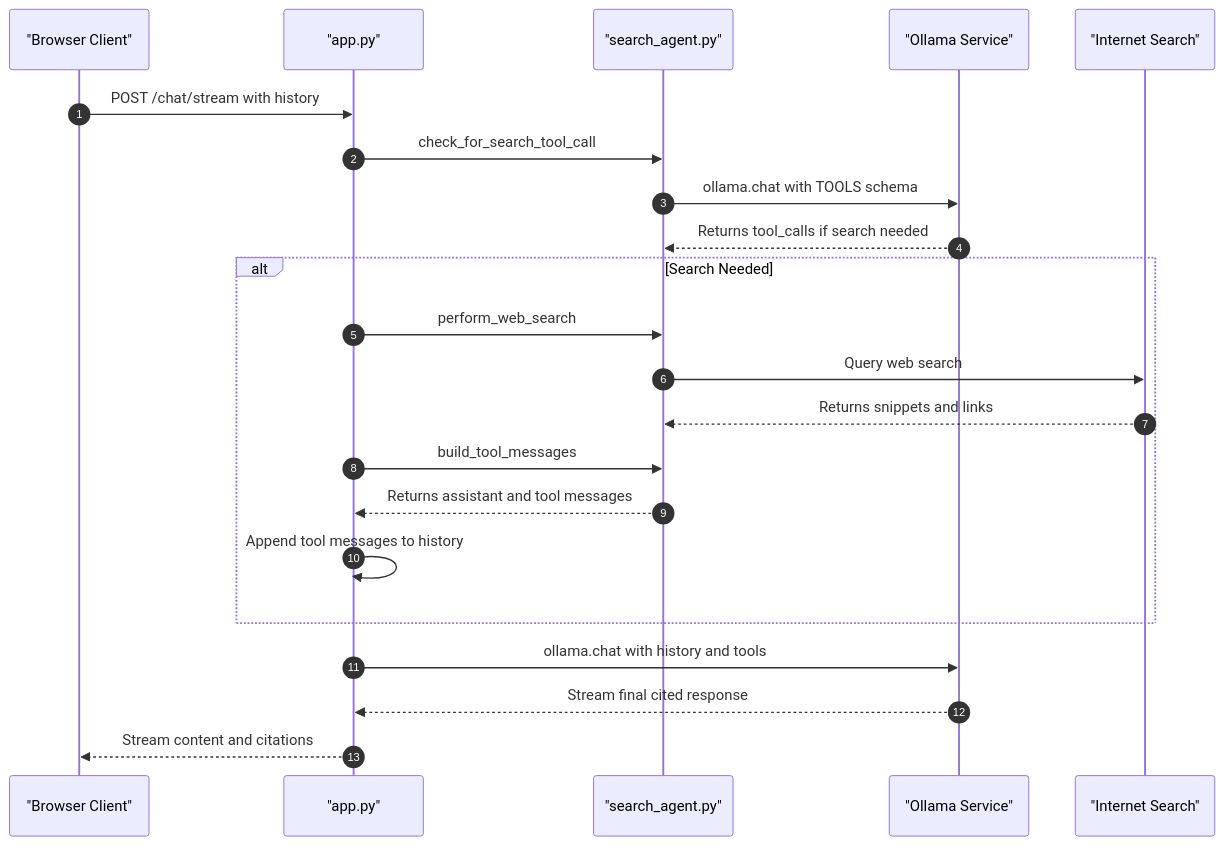
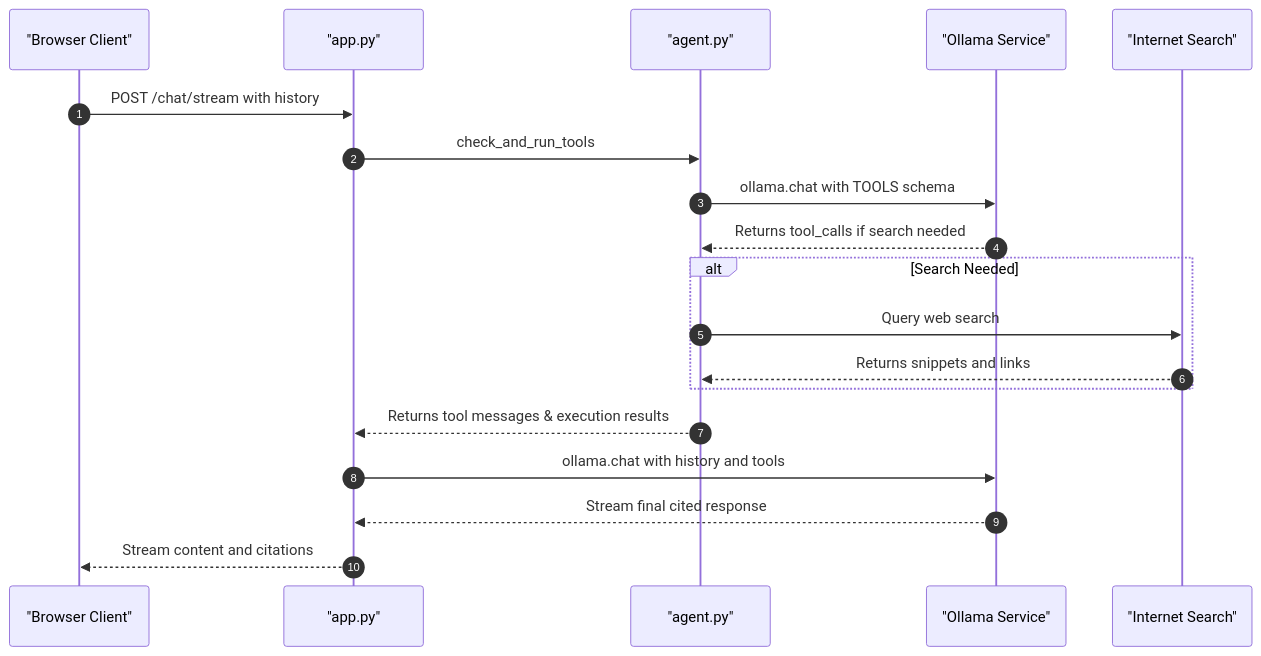
Before and after one commit to vdonthireddy/ollama-gemma-agents: the second of 2 diagrams in README.md, drawn with Mermaid. The commit also changed other lines of this file and 3 other files, not shown here.

Commit message:
rename search_agent.py to agent.py and remove tool-specific formatting from agent runner

````diff
--- a/README.md
+++ b/README.md
@@ -27,27 +27,24 @@
 ```mermaid
 sequenceDiagram
     autonumber
     participant Client as "Browser Client"
     participant App as "app.py"
-    participant Agent as "search_agent.py"
+    participant Agent as "agent.py"
     participant Ollama as "Ollama Service"
     participant Web as "Internet Search"
 
     Client->>App: POST /chat/stream with history
-    App->>Agent: check_for_search_tool_call
+    App->>Agent: check_and_run_tools
     Agent->>Ollama: ollama.chat with TOOLS schema
     Ollama-->>Agent: Returns tool_calls if search needed
     
     alt Search Needed
-        App->>Agent: perform_web_search
         Agent->>Web: Query web search
         Web-->>Agent: Returns snippets and links
-        App->>Agent: build_tool_messages
-        Agent-->>App: Returns assistant and tool messages
-        App->>App: Append tool messages to history
     end
     
+    Agent-->>App: Returns tool messages & execution results
     App->>Ollama: ollama.chat with history and tools
     Ollama-->>App: Stream final cited response
     App-->>Client: Stream content and citations
 ```
````
